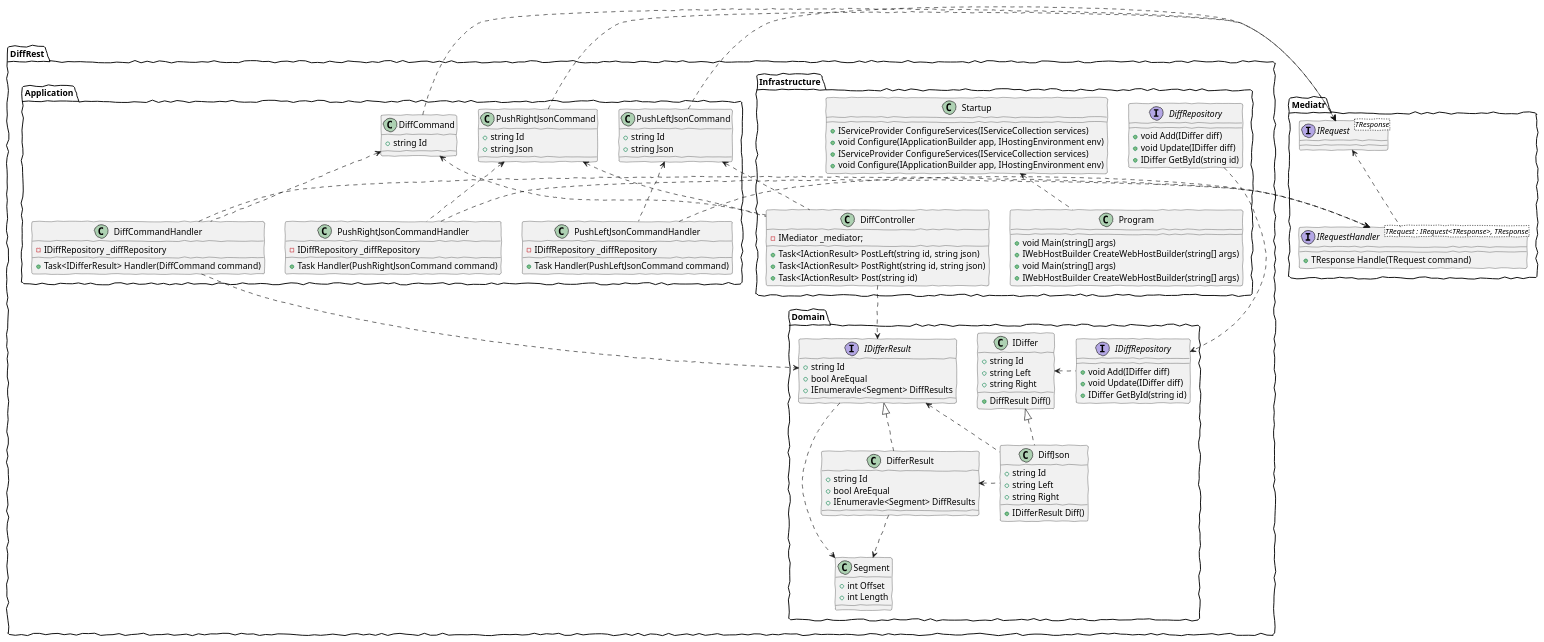
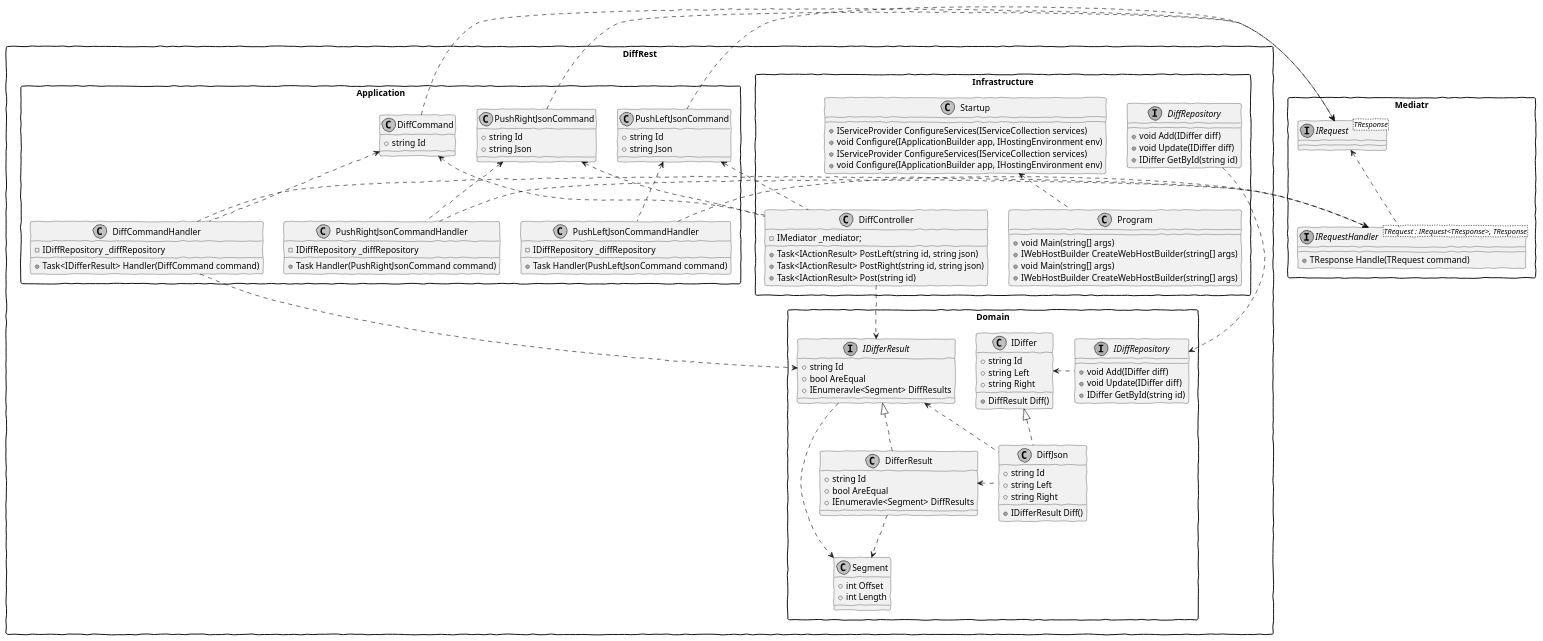
One commit to mvsouza/JsonDiffer changed the diagram in docs/diagrams/package.wsd. Above: the diagram before and after it, drawn with PlantUML. The commit also changed 1 other file, not shown here.

Commit message:
Changed skimparam on package diagram.

```diff
--- a/docs/diagrams/package.wsd
+++ b/docs/diagrams/package.wsd
@@ -1,125 +1,128 @@
 @startuml
 skinparam Handwritten true
+skinparam monochrome true	
+skinparam packageStyle rect	
+skinparam shadowing false
 class DiffRest.Infrastructure.Program{
     +void Main(string[] args)
     +IWebHostBuilder CreateWebHostBuilder(string[] args)
 }
 class DiffRest.Infrastructure.Startup{
     +IServiceProvider ConfigureServices(IServiceCollection services)
     +void Configure(IApplicationBuilder app, IHostingEnvironment env)
 }
 class DiffRest.Infrastructure.DiffController{
     -IMediator _mediator;
     +Task<IActionResult> PostLeft(string id, string json)
     +Task<IActionResult> PostRight(string id, string json)
     +Task<IActionResult> Post(string id)
 }
 class DiffRest.Infrastructure.Program{
     +void Main(string[] args)
     +IWebHostBuilder CreateWebHostBuilder(string[] args)
 }
 class DiffRest.Infrastructure.Startup{
     +IServiceProvider ConfigureServices(IServiceCollection services)
     +void Configure(IApplicationBuilder app, IHostingEnvironment env)
 }
 interface DiffRest.Infrastructure.DiffRepository{
     +void Add(IDiffer diff)
     +void Update(IDiffer diff)
     +IDiffer GetById(string id)
 }
 class DiffRest.Application.PushLeftJsonCommand{
     +string Id
     +string Json
 }
 class DiffRest.Application.PushRightJsonCommand{
     +string Id
     +string Json
 }
 class DiffRest.Application.DiffCommand{
     +string Id
 }
 class DiffRest.Application.PushLeftJsonCommandHandler{
     -IDiffRepository _diffRepository
     +Task Handler(PushLeftJsonCommand command)
 }
 class DiffRest.Application.PushRightJsonCommandHandler{
     -IDiffRepository _diffRepository
     +Task Handler(PushRightJsonCommand command)
 }
 class DiffRest.Application.DiffCommandHandler{
     -IDiffRepository _diffRepository
     +Task<IDifferResult> Handler(DiffCommand command)
 }
 interface DiffRest.Domain.IDiffRepository{
     +void Add(IDiffer diff)
     +void Update(IDiffer diff)
     +IDiffer GetById(string id)
 }
 class DiffRest.Domain.IDiffer{
     +string Id
     +string Left
     +string Right
     +DiffResult Diff()
 }
 class DiffRest.Domain.DiffJson{
     +string Id
     +string Left
     +string Right
     +IDifferResult Diff()
 }
 class DiffRest.Domain.DifferResult{
     +string Id
     +bool AreEqual
     +IEnumeravle<Segment> DiffResults
 }
 interface DiffRest.Domain.IDifferResult{
     +string Id
     +bool AreEqual
     +IEnumeravle<Segment> DiffResults
 }
 class DiffRest.Domain.Segment{
     +int Offset
     +int Length
 }
 interface Mediatr.IRequest<TResponse>{
 }
 interface Mediatr.IRequestHandler<TRequest : IRequest<TResponse>, TResponse>{
     +TResponse Handle(TRequest command)
 }
 
 
 
 DiffRest.Application.PushLeftJsonCommand <.down. DiffRest.Infrastructure.DiffController
 DiffRest.Application.PushRightJsonCommand <.down. DiffRest.Infrastructure.DiffController
 DiffRest.Application.DiffCommand <.down. DiffRest.Infrastructure.DiffController
 
 DiffRest.Application.PushLeftJsonCommand .right.> Mediatr.IRequest
 DiffRest.Application.PushRightJsonCommand .right.> Mediatr.IRequest
 DiffRest.Application.DiffCommand .right.> Mediatr.IRequest
 
 
 DiffRest.Application.PushLeftJsonCommandHandler .up.> DiffRest.Application.PushLeftJsonCommand
 DiffRest.Application.PushRightJsonCommandHandler .up.> DiffRest.Application.PushRightJsonCommand
 DiffRest.Application.DiffCommandHandler .up.> DiffRest.Application.DiffCommand
 
 DiffRest.Application.PushLeftJsonCommandHandler .right.> Mediatr.IRequestHandler
 DiffRest.Application.PushRightJsonCommandHandler .right.> Mediatr.IRequestHandler
 DiffRest.Application.DiffCommandHandler .right.> Mediatr.IRequestHandler
 
 Mediatr.IRequestHandler .up.>  Mediatr.IRequest
 
 DiffRest.Infrastructure.DiffController .down.> DiffRest.Domain.IDifferResult 
 DiffRest.Application.DiffCommandHandler .down.> DiffRest.Domain.IDifferResult 
 
 DiffRest.Infrastructure.DiffRepository .down.> DiffRest.Domain.IDiffRepository
 DiffRest.Domain.IDiffRepository .left.> DiffRest.Domain.IDiffer
 DiffRest.Domain.DiffJson .left.> DiffRest.Domain.DifferResult
 DiffRest.Domain.DiffJson .up.> DiffRest.Domain.IDifferResult
 DiffRest.Domain.DiffJson .up.|> DiffRest.Domain.IDiffer
 DiffRest.Domain.DifferResult .up.|> DiffRest.Domain.IDifferResult
 DiffRest.Infrastructure.Program .up.> DiffRest.Infrastructure.Startup
 DiffRest.Infrastructure.Program -[hidden]> DiffRest.Infrastructure.DiffController
 DiffRest.Domain.IDifferResult ..> DiffRest.Domain.Segment
 DiffRest.Domain.DifferResult ..> DiffRest.Domain.Segment
 
 @enduml
```
